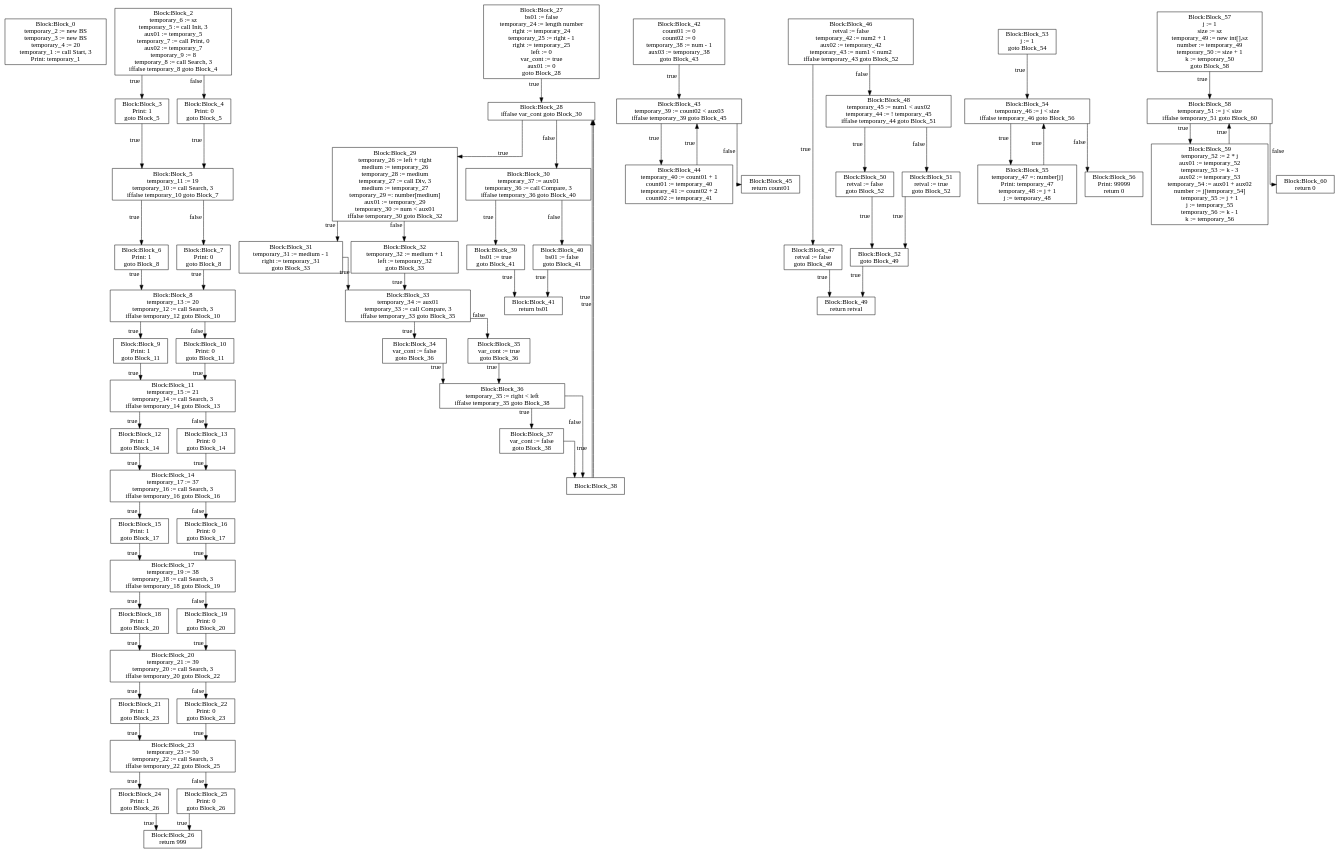
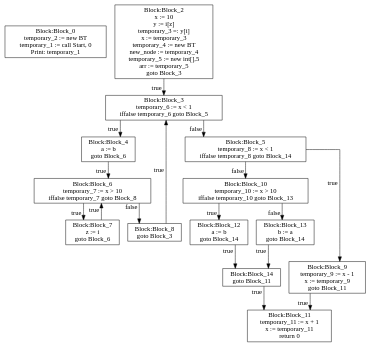
Before and after one commit to moondog-matthew/compiler-dv1655: the diagram in lab3/CFG-tree.dot, drawn with Graphviz. The commit also changed 3 other files, not shown here.

```diff
--- a/lab3/CFG-tree.dot
+++ b/lab3/CFG-tree.dot
@@ -2,305 +2,69 @@
 graph [ splines = ortho ]
 	node [ shape = box ];
 Block_0 [label="Block:Block_0
-temporary_2 := new BS
-temporary_3 := new BS
-temporary_4 := 20
-temporary_1 := call Start, 3
+temporary_2 := new BT
+temporary_1 := call Start, 0
 Print: temporary_1"];
 Block_2 [label="Block:Block_2
-temporary_6 := sz
-temporary_5 := call Init, 3
-aux01 := temporary_5
-temporary_7 := call Print, 0
-aux02 := temporary_7
-temporary_9 := 8
-temporary_8 := call Search, 3
-iffalse temporary_8 goto Block_4"];
+x := 10
+y := i[z]
+temporary_3 =: y[i]
+x := temporary_3
+temporary_4 := new BT
+new_node := temporary_4
+temporary_5 := new int[],5
+arr := temporary_5
+goto Block_3"];
 Block_2 -> Block_3 [xlabel = "true"]
 Block_3 [label="Block:Block_3
-Print: 1
-goto Block_5"];
-Block_3 -> Block_5 [xlabel = "true"]
+temporary_6 := x < 1
+iffalse temporary_6 goto Block_5"];
+Block_3 -> Block_4 [xlabel = "true"]
+Block_4 [label="Block:Block_4
+a := b
+goto Block_6"];
+Block_4 -> Block_6 [xlabel = "true"]
+Block_6 [label="Block:Block_6
+temporary_7 := x > 10
+iffalse temporary_7 goto Block_8"];
+Block_6 -> Block_7 [xlabel = "true"]
+Block_7 [label="Block:Block_7
+z := i
+goto Block_6"];
+Block_7 -> Block_6 [xlabel = "true"]
+Block_6 -> Block_8 [xlabel = "false"]
+Block_8 [label="Block:Block_8
+goto Block_3"];
+Block_8 -> Block_3 [xlabel = "true"]
+Block_3 -> Block_5 [xlabel = "false"]
 Block_5 [label="Block:Block_5
-temporary_11 := 19
-temporary_10 := call Search, 3
-iffalse temporary_10 goto Block_7"];
-Block_5 -> Block_6 [xlabel = "true"]
-Block_6 [label="Block:Block_6
-Print: 1
-goto Block_8"];
-Block_6 -> Block_8 [xlabel = "true"]
-Block_8 [label="Block:Block_8
-temporary_13 := 20
-temporary_12 := call Search, 3
-iffalse temporary_12 goto Block_10"];
-Block_8 -> Block_9 [xlabel = "true"]
+temporary_8 := x < 1
+iffalse temporary_8 goto Block_14"];
+Block_5 -> Block_9 [xlabel = "true"]
 Block_9 [label="Block:Block_9
-Print: 1
+temporary_9 := x - 1
+x := temporary_9
 goto Block_11"];
 Block_9 -> Block_11 [xlabel = "true"]
 Block_11 [label="Block:Block_11
-temporary_15 := 21
-temporary_14 := call Search, 3
-iffalse temporary_14 goto Block_13"];
-Block_11 -> Block_12 [xlabel = "true"]
+temporary_11 := x + 1
+x := temporary_11
+return 0"];
+Block_5 -> Block_10 [xlabel = "false"]
+Block_10 [label="Block:Block_10
+temporary_10 := x > 10
+iffalse temporary_10 goto Block_13"];
+Block_10 -> Block_12 [xlabel = "true"]
 Block_12 [label="Block:Block_12
-Print: 1
+a := b
 goto Block_14"];
 Block_12 -> Block_14 [xlabel = "true"]
 Block_14 [label="Block:Block_14
-temporary_17 := 37
-temporary_16 := call Search, 3
-iffalse temporary_16 goto Block_16"];
-Block_14 -> Block_15 [xlabel = "true"]
-Block_15 [label="Block:Block_15
-Print: 1
-goto Block_17"];
-Block_15 -> Block_17 [xlabel = "true"]
-Block_17 [label="Block:Block_17
-temporary_19 := 38
-temporary_18 := call Search, 3
-iffalse temporary_18 goto Block_19"];
-Block_17 -> Block_18 [xlabel = "true"]
-Block_18 [label="Block:Block_18
-Print: 1
-goto Block_20"];
-Block_18 -> Block_20 [xlabel = "true"]
-Block_20 [label="Block:Block_20
-temporary_21 := 39
-temporary_20 := call Search, 3
-iffalse temporary_20 goto Block_22"];
-Block_20 -> Block_21 [xlabel = "true"]
-Block_21 [label="Block:Block_21
-Print: 1
-goto Block_23"];
-Block_21 -> Block_23 [xlabel = "true"]
-Block_23 [label="Block:Block_23
-temporary_23 := 50
-temporary_22 := call Search, 3
-iffalse temporary_22 goto Block_25"];
-Block_23 -> Block_24 [xlabel = "true"]
-Block_24 [label="Block:Block_24
-Print: 1
-goto Block_26"];
-Block_24 -> Block_26 [xlabel = "true"]
-Block_26 [label="Block:Block_26
-return 999"];
-Block_23 -> Block_25 [xlabel = "false"]
-Block_25 [label="Block:Block_25
-Print: 0
-goto Block_26"];
-Block_25 -> Block_26 [xlabel = "true"]
-Block_20 -> Block_22 [xlabel = "false"]
-Block_22 [label="Block:Block_22
-Print: 0
-goto Block_23"];
-Block_22 -> Block_23 [xlabel = "true"]
-Block_17 -> Block_19 [xlabel = "false"]
-Block_19 [label="Block:Block_19
-Print: 0
-goto Block_20"];
-Block_19 -> Block_20 [xlabel = "true"]
-Block_14 -> Block_16 [xlabel = "false"]
-Block_16 [label="Block:Block_16
-Print: 0
-goto Block_17"];
-Block_16 -> Block_17 [xlabel = "true"]
-Block_11 -> Block_13 [xlabel = "false"]
+goto Block_11"];
+Block_14 -> Block_11 [xlabel = "true"]
+Block_10 -> Block_13 [xlabel = "false"]
 Block_13 [label="Block:Block_13
-Print: 0
+b := a
 goto Block_14"];
 Block_13 -> Block_14 [xlabel = "true"]
-Block_8 -> Block_10 [xlabel = "false"]
-Block_10 [label="Block:Block_10
-Print: 0
-goto Block_11"];
-Block_10 -> Block_11 [xlabel = "true"]
-Block_5 -> Block_7 [xlabel = "false"]
-Block_7 [label="Block:Block_7
-Print: 0
-goto Block_8"];
-Block_7 -> Block_8 [xlabel = "true"]
-Block_2 -> Block_4 [xlabel = "false"]
-Block_4 [label="Block:Block_4
-Print: 0
-goto Block_5"];
-Block_4 -> Block_5 [xlabel = "true"]
-Block_27 [label="Block:Block_27
-bs01 := false
-temporary_24 := length number
-right := temporary_24
-temporary_25 := right - 1
-right := temporary_25
-left := 0
-var_cont := true
-aux01 := 0
-goto Block_28"];
-Block_27 -> Block_28 [xlabel = "true"]
-Block_28 [label="Block:Block_28
-iffalse var_cont goto Block_30"];
-Block_28 -> Block_29 [xlabel = "true"]
-Block_29 [label="Block:Block_29
-temporary_26 := left + right
-medium := temporary_26
-temporary_28 := medium
-temporary_27 := call Div, 3
-medium := temporary_27
-temporary_29 =: number[medium]
-aux01 := temporary_29
-temporary_30 := num < aux01
-iffalse temporary_30 goto Block_32"];
-Block_29 -> Block_31 [xlabel = "true"]
-Block_31 [label="Block:Block_31
-temporary_31 := medium - 1
-right := temporary_31
-goto Block_33"];
-Block_31 -> Block_33 [xlabel = "true"]
-Block_33 [label="Block:Block_33
-temporary_34 := aux01
-temporary_33 := call Compare, 3
-iffalse temporary_33 goto Block_35"];
-Block_33 -> Block_34 [xlabel = "true"]
-Block_34 [label="Block:Block_34
-var_cont := false
-goto Block_36"];
-Block_34 -> Block_36 [xlabel = "true"]
-Block_36 [label="Block:Block_36
-temporary_35 := right < left
-iffalse temporary_35 goto Block_38"];
-Block_36 -> Block_37 [xlabel = "true"]
-Block_37 [label="Block:Block_37
-var_cont := false
-goto Block_38"];
-Block_37 -> Block_38 [xlabel = "true"]
-Block_38 [label="Block:Block_38"];
-Block_38 -> Block_28 [xlabel = "true"]
-Block_36 -> Block_38 [xlabel = "false"]
-Block_38 [label="Block:Block_38"];
-Block_38 -> Block_28 [xlabel = "true"]
-Block_33 -> Block_35 [xlabel = "false"]
-Block_35 [label="Block:Block_35
-var_cont := true
-goto Block_36"];
-Block_35 -> Block_36 [xlabel = "true"]
-Block_29 -> Block_32 [xlabel = "false"]
-Block_32 [label="Block:Block_32
-temporary_32 := medium + 1
-left := temporary_32
-goto Block_33"];
-Block_32 -> Block_33 [xlabel = "true"]
-Block_28 -> Block_30 [xlabel = "false"]
-Block_30 [label="Block:Block_30
-temporary_37 := aux01
-temporary_36 := call Compare, 3
-iffalse temporary_36 goto Block_40"];
-Block_30 -> Block_39 [xlabel = "true"]
-Block_39 [label="Block:Block_39
-bs01 := true
-goto Block_41"];
-Block_39 -> Block_41 [xlabel = "true"]
-Block_41 [label="Block:Block_41
-return bs01"];
-Block_30 -> Block_40 [xlabel = "false"]
-Block_40 [label="Block:Block_40
-bs01 := false
-goto Block_41"];
-Block_40 -> Block_41 [xlabel = "true"]
-Block_42 [label="Block:Block_42
-count01 := 0
-count02 := 0
-temporary_38 := num - 1
-aux03 := temporary_38
-goto Block_43"];
-Block_42 -> Block_43 [xlabel = "true"]
-Block_43 [label="Block:Block_43
-temporary_39 := count02 < aux03
-iffalse temporary_39 goto Block_45"];
-Block_43 -> Block_44 [xlabel = "true"]
-Block_44 [label="Block:Block_44
-temporary_40 := count01 + 1
-count01 := temporary_40
-temporary_41 := count02 + 2
-count02 := temporary_41"];
-Block_44 -> Block_43 [xlabel = "true"]
-Block_43 -> Block_45 [xlabel = "false"]
-Block_45 [label="Block:Block_45
-return count01"];
-Block_46 [label="Block:Block_46
-retval := false
-temporary_42 := num2 + 1
-aux02 := temporary_42
-temporary_43 := num1 < num2
-iffalse temporary_43 goto Block_52"];
-Block_46 -> Block_47 [xlabel = "true"]
-Block_47 [label="Block:Block_47
-retval := false
-goto Block_49"];
-Block_47 -> Block_49 [xlabel = "true"]
-Block_49 [label="Block:Block_49
-return retval"];
-Block_46 -> Block_48 [xlabel = "false"]
-Block_48 [label="Block:Block_48
-temporary_45 := num1 < aux02
-temporary_44 := ! temporary_45
-iffalse temporary_44 goto Block_51"];
-Block_48 -> Block_50 [xlabel = "true"]
-Block_50 [label="Block:Block_50
-retval := false
-goto Block_52"];
-Block_50 -> Block_52 [xlabel = "true"]
-Block_52 [label="Block:Block_52
-goto Block_49"];
-Block_52 -> Block_49 [xlabel = "true"]
-Block_48 -> Block_51 [xlabel = "false"]
-Block_51 [label="Block:Block_51
-retval := true
-goto Block_52"];
-Block_51 -> Block_52 [xlabel = "true"]
-Block_53 [label="Block:Block_53
-j := 1
-goto Block_54"];
-Block_53 -> Block_54 [xlabel = "true"]
-Block_54 [label="Block:Block_54
-temporary_46 := j < size
-iffalse temporary_46 goto Block_56"];
-Block_54 -> Block_55 [xlabel = "true"]
-Block_55 [label="Block:Block_55
-temporary_47 =: number[j]
-Print: temporary_47
-temporary_48 := j + 1
-j := temporary_48"];
-Block_55 -> Block_54 [xlabel = "true"]
-Block_54 -> Block_56 [xlabel = "false"]
-Block_56 [label="Block:Block_56
-Print: 99999
-return 0"];
-Block_57 [label="Block:Block_57
-j := 1
-size := sz
-temporary_49 := new int[],sz
-number := temporary_49
-temporary_50 := size + 1
-k := temporary_50
-goto Block_58"];
-Block_57 -> Block_58 [xlabel = "true"]
-Block_58 [label="Block:Block_58
-temporary_51 := j < size
-iffalse temporary_51 goto Block_60"];
-Block_58 -> Block_59 [xlabel = "true"]
-Block_59 [label="Block:Block_59
-temporary_52 := 2 * j
-aux01 := temporary_52
-temporary_53 := k - 3
-aux02 := temporary_53
-temporary_54 := aux01 + aux02
-number := j[temporary_54]
-temporary_55 := j + 1
-j := temporary_55
-temporary_56 := k - 1
-k := temporary_56"];
-Block_59 -> Block_58 [xlabel = "true"]
-Block_58 -> Block_60 [xlabel = "false"]
-Block_60 [label="Block:Block_60
-return 0"];
 }
```
